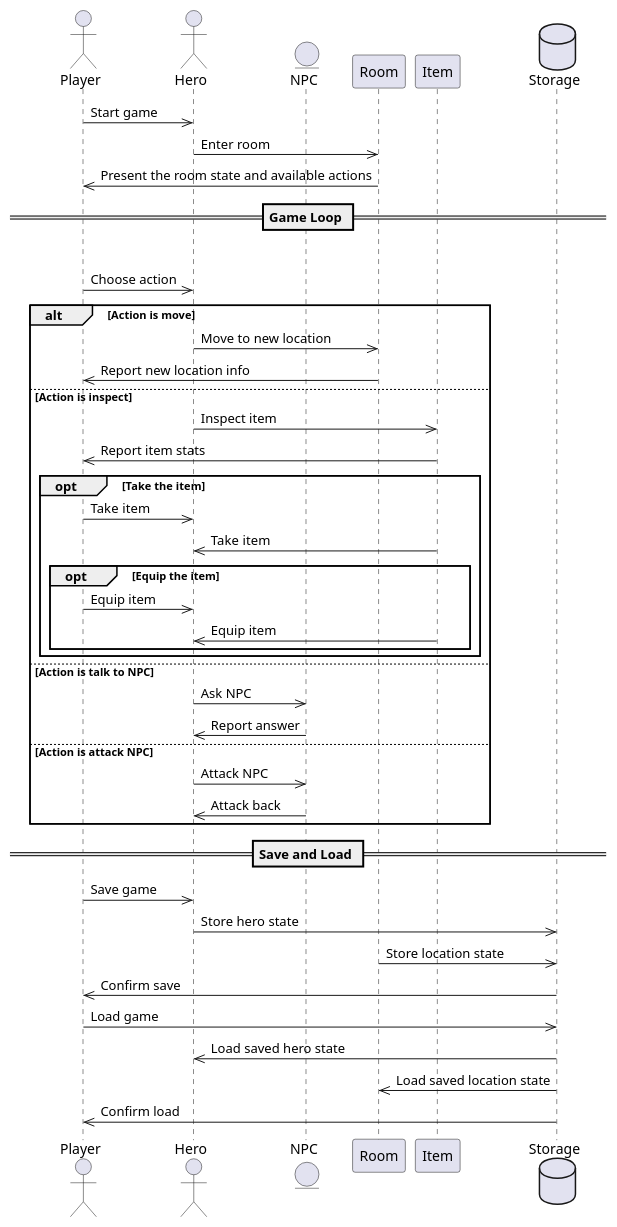
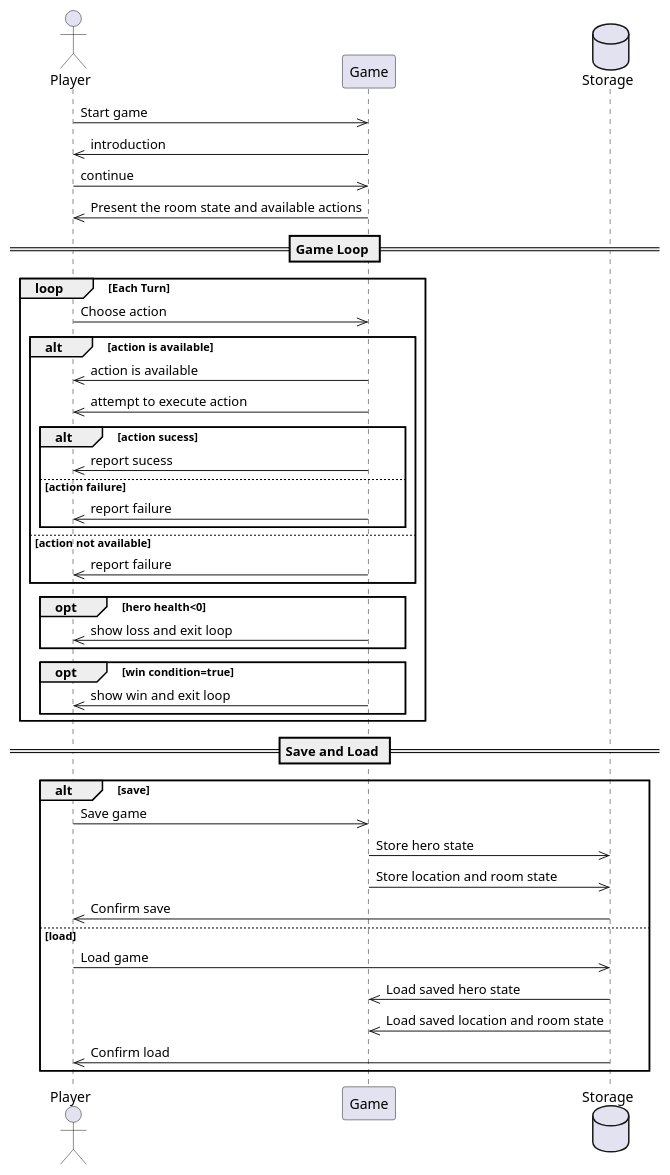
One commit to MarvinTheMoodLifter/escape-from-Dahshur changed the diagram in plantuml/system-sequence-diagram.plantuml. Above: the diagram before and after it, drawn with PlantUML.

Commit message:
9/6/2024
i tried really hard, please help

```diff
--- a/plantuml/system-sequence-diagram.plantuml
+++ b/plantuml/system-sequence-diagram.plantuml
@@ -1,50 +1,44 @@
 @startuml System Sequence Diagram
-
 actor User as "Player"
-actor Main_Character as "Hero"
-entity NPC as "NPC"
-participant Room as "Room"
-participant Item as "Item"
+participant Game as "Game"
 database Storage as "Storage"
 
-User->>Main_Character: Start game
-Main_Character->>Room: Enter room
-Room->>User: Present the room state and available actions
+User->>Game: Start game
+Game->>User: introduction
+User->>Game: continue
+Game->>User: Present the room state and available actions
 
 == Game Loop ==
 loop Each Turn
-    User->>Main_Character: Choose action
-    alt Action is move
-        Main_Character->>Room: Move to new location
-        Room->>User: Report new location info
-    else Action is inspect
-        Main_Character->>Item: Inspect item
-        Item->>User: Report item stats
-        opt Take the item
-            User->>Main_Character: Take item
-            Item->>Main_Character: Take item
-            opt Equip the item
-                User->>Main_Character: Equip item
-                Item->>Main_Character: Equip item
-            end
-        end
-    else Action is talk to NPC
-        Main_Character->>NPC: Ask NPC
-        NPC->>Main_Character: Report answer
-    else Action is attack NPC
-        Main_Character->>NPC: Attack NPC
-        NPC->>Main_Character: Attack back
+    User->>Game: Choose action
+    alt action is available
+    Game->>User: action is available
+    Game->>User: attempt to execute action
+    alt action sucess
+    Game->>User: report sucess
+    else action failure
+    Game->>User: report failure
+    end
+    else action not available
+    Game->>User: report failure
 end
-
+   opt hero health<0
+   Game->>User: show loss and exit loop
+   end
+   opt win condition=true
+   Game->>User: show win and exit loop
+   end
+end
 == Save and Load ==
-User->>Main_Character: Save game
-Main_Character->>Storage: Store hero state
-Room->>Storage: Store location state
+alt save
+User->>Game: Save game
+Game->>Storage: Store hero state
+Game->>Storage: Store location and room state
 Storage->>User: Confirm save
-
+else load
 User->>Storage: Load game
-Storage->>Main_Character: Load saved hero state
-Storage->>Room: Load saved location state
+Storage->>Game: Load saved hero state
+Storage->>Game: Load saved location and room state
 Storage->>User: Confirm load
-
+end
 @enduml
```
